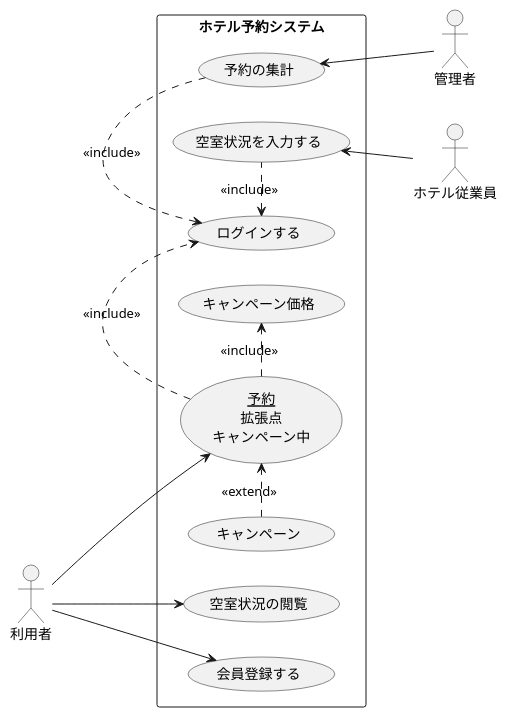
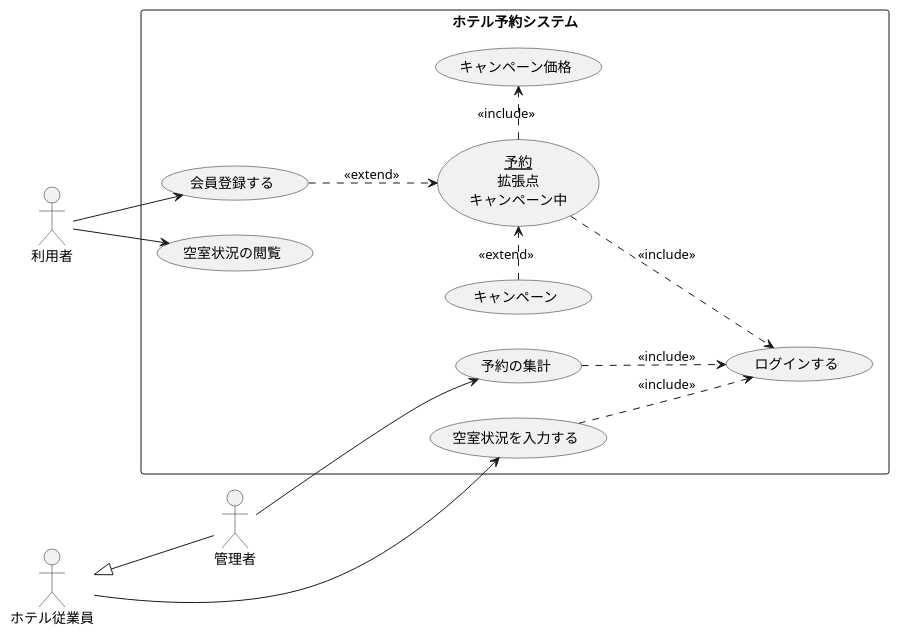
Before and after one commit to yoshiokaharuto/uml-introduction: the diagram in 演習2-8_UC_ホテル予約システム.pu, drawn with PlantUML. The commit also changed 5 other files, not shown here.

```diff
--- a/演習2-8_UC_ホテル予約システム.pu
+++ b/演習2-8_UC_ホテル予約システム.pu
@@ -1,29 +1,42 @@
 @startuml 演習2-8_UC_ホテル予約システム.pu
 
     left to right direction
 
     actor 利用者
     actor 管理者
     actor ホテル従業員
 
     rectangle ホテル予約システム {
         usecase 空室状況の閲覧
-        usecase 会員登録する
         usecase キャンペーン
         usecase キャンペーン価格
         usecase (<u>予約</u>\n拡張点\nキャンペーン中) as input 
         usecase ログインする
+        usecase 会員登録する
         usecase 予約の集計
         usecase 空室状況を入力する
     }
-    利用者 --> 空室状況の閲覧
+
+    空室状況の閲覧 <-- 利用者
     利用者 --> 会員登録する
-    利用者 --> input
-    input   .> ログインする: <<include>>
-    input   .> キャンペーン価格: <<include>>
-    キャンペーン .> input: <<extend>> 
-    予約の集計 <-- 管理者
-    空室状況を入力する  <-- ホテル従業員
-    ログインする <. 予約の集計:  <<include>>
-    ログインする <. 空室状況を入力する: <<include>>
+    ホテル従業員 --> 空室状況を入力する
+    管理者 --> 予約の集計
+    ホテル従業員 <|-- 管理者
+    空室状況を入力する ..> ログインする: <<include>>
+    予約の集計 ..> ログインする: <<include>>
+     input .> キャンペーン価格: <<include>>
+    キャンペーン .> input: <<extend>>   
+    会員登録する ..> input : <<extend>>
+    input ..> ログインする : <<include>>
+
+    ' 空室状況の閲覧 <-- 利用者
+    ' 会員登録する <. ログインする: <<include>>
+    ' 利用者 --> input
+    ' input   .> ログインする: <<include>>
+    ' input   .> キャンペーン価格: <<include>>
+    ' キャンペーン .> input: <<extend>> 
+    ' 予約の集計 <-- 管理者
+    ' 空室状況を入力する  <-- ホテル従業員
+    ' ログインする <. 予約の集計:  <<include>>
+    ' ログインする <. 空室状況を入力する: <<include>>
 @enduml
```
